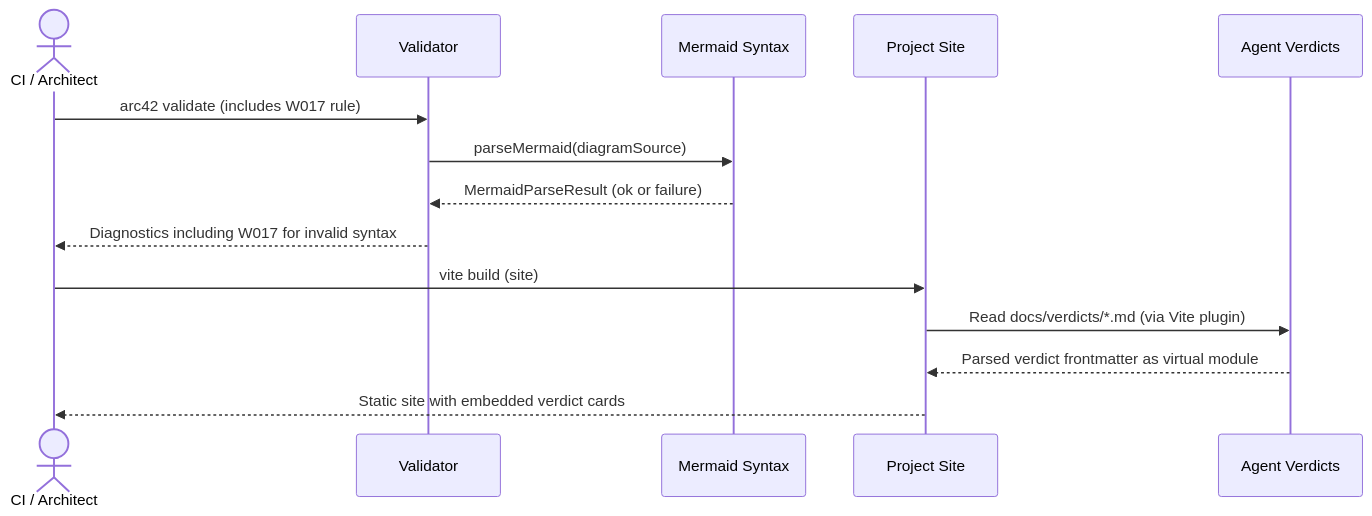
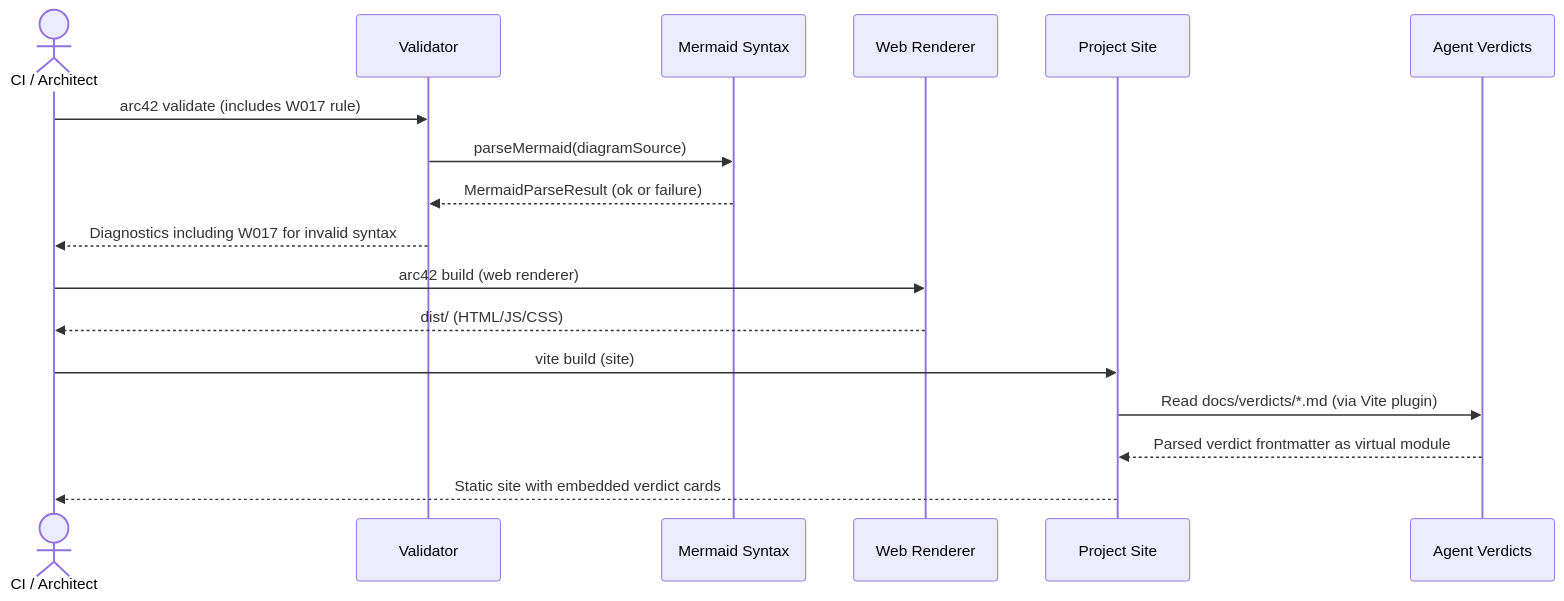
The fourth of 4 diagrams in docs/arc42/06-runtime-view.arc42.md (docToolchain/arc42-language), drawn with Mermaid before and after one commit. The commit also changed other lines of this file and 6 other files, not shown here.

````diff
--- a/docs/arc42/06-runtime-view.arc42.md
+++ b/docs/arc42/06-runtime-view.arc42.md
@@ -202,18 +202,22 @@
 ```mermaid
 sequenceDiagram
     actor actor_ci as CI / Architect
     participant bb_validator as Validator
     participant bb_mermaid as Mermaid Syntax
+    participant bb_web_renderer as Web Renderer
     participant bb_site as Project Site
     participant bb_verdicts as Agent Verdicts
 
     actor_ci->>bb_validator: arc42 validate (includes W017 rule)
     bb_validator->>bb_mermaid: parseMermaid(diagramSource)
     bb_mermaid-->>bb_validator: MermaidParseResult (ok or failure)
     bb_validator-->>actor_ci: Diagnostics including W017 for invalid syntax
 
+    actor_ci->>bb_web_renderer: arc42 build (web renderer)
+    bb_web_renderer-->>actor_ci: dist/ (HTML/JS/CSS)
+
     actor_ci->>bb_site: vite build (site)
     bb_site->>bb_verdicts: Read docs/verdicts/*.md (via Vite plugin)
     bb_verdicts-->>bb_site: Parsed verdict frontmatter as virtual module
     bb_site-->>actor_ci: Static site with embedded verdict cards
 ```
````
